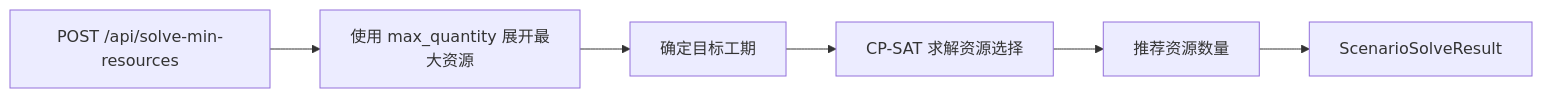
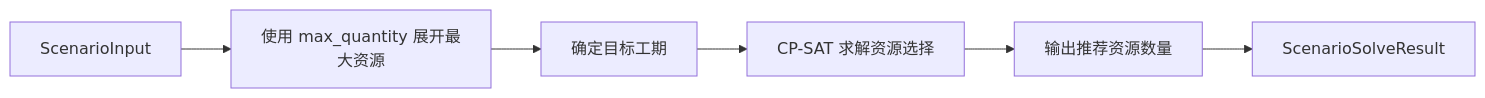
The sixth of 9 diagrams in docs/project-scheduling-system-overview.md (Lili-big/projectScheduling), drawn with Mermaid before and after one commit. The commit also changed other lines of this file and 4 other files, not shown here.

````diff
--- a/docs/project-scheduling-system-overview.md
+++ b/docs/project-scheduling-system-overview.md
@@ -238,8 +266,8 @@
 ```mermaid
 flowchart LR
-  A["POST /api/solve-min-resources"] --> B["使用 max_quantity 展开最大资源"]
+  A["ScenarioInput"] --> B["使用 max_quantity 展开最大资源"]
   B --> C["确定目标工期"]
   C --> D["CP-SAT 求解资源选择"]
-  D --> E["推荐资源数量"]
+  D --> E["输出推荐资源数量"]
   E --> F["ScenarioSolveResult"]
 ```
````
